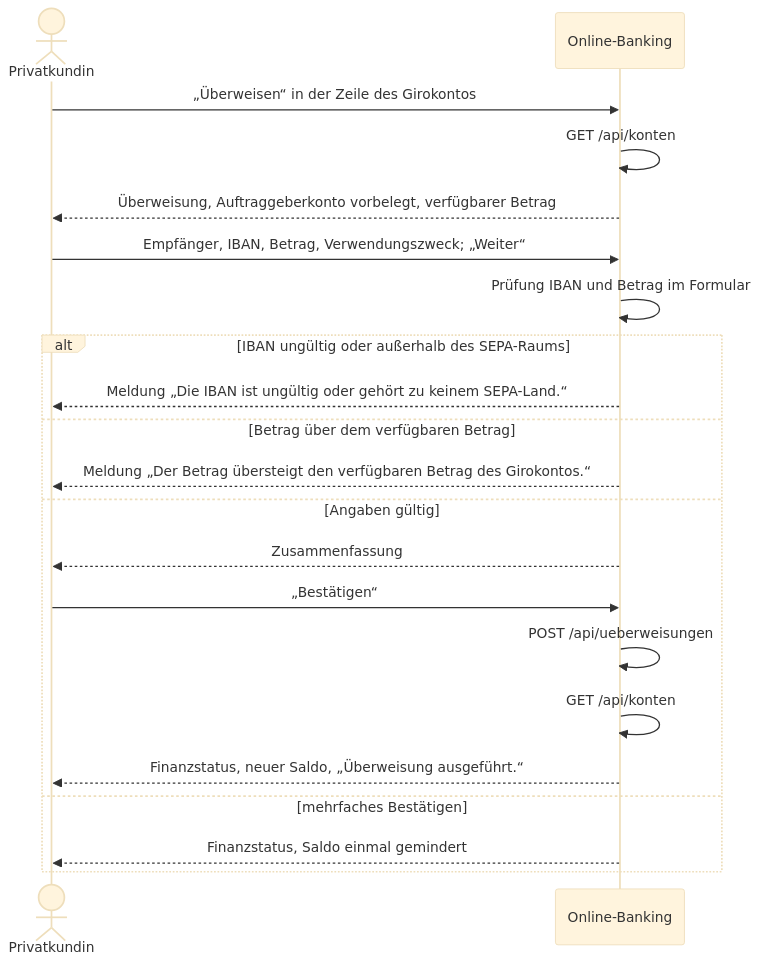
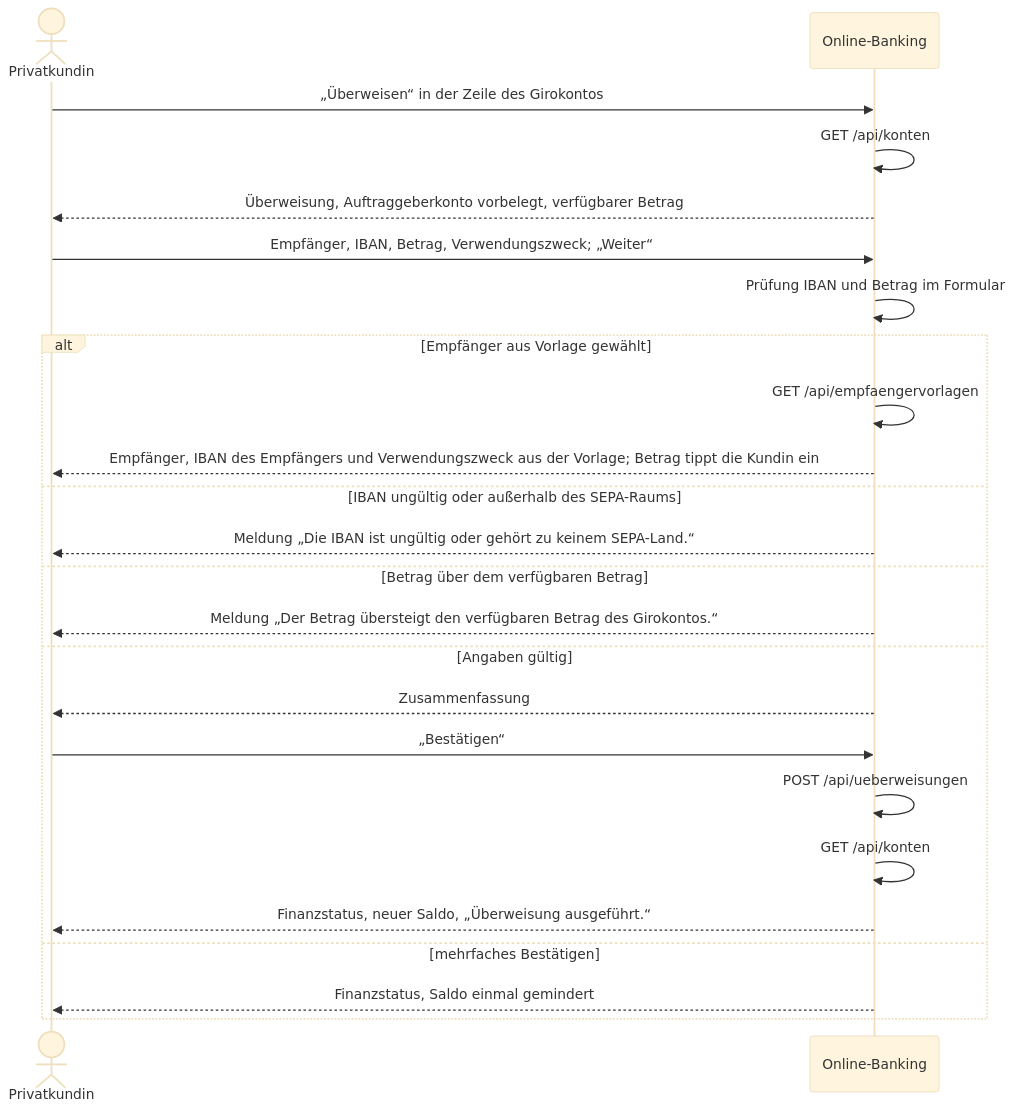
One commit to dakn85/online-banking changed the diagram in docs/use_cases/UC-002-ueberweisung-vom-girokonto.md. Above: the diagram before and after it, drawn with Mermaid (base theme). The commit also changed other lines of this file and 9 other files, not shown here.

````diff
--- a/docs/use_cases/UC-002-ueberweisung-vom-girokonto.md
+++ b/docs/use_cases/UC-002-ueberweisung-vom-girokonto.md
@@ -84,23 +93,26 @@
 ```mermaid
 sequenceDiagram
     actor kundin as Privatkundin
     participant banking as Online-Banking
     kundin->>banking: „Überweisen“ in der Zeile des Girokontos
     banking->>banking: GET /api/konten
     banking-->>kundin: Überweisung, Auftraggeberkonto vorbelegt, verfügbarer Betrag
     kundin->>banking: Empfänger, IBAN, Betrag, Verwendungszweck#59; „Weiter“
     banking->>banking: Prüfung IBAN und Betrag im Formular
-    alt IBAN ungültig oder außerhalb des SEPA-Raums
+    alt Empfänger aus Vorlage gewählt
+        banking->>banking: GET /api/empfaengervorlagen
+        banking-->>kundin: Empfänger, IBAN des Empfängers und Verwendungszweck aus der Vorlage#59; Betrag tippt die Kundin ein
+    else IBAN ungültig oder außerhalb des SEPA-Raums
         banking-->>kundin: Meldung „Die IBAN ist ungültig oder gehört zu keinem SEPA-Land.“
     else Betrag über dem verfügbaren Betrag
         banking-->>kundin: Meldung „Der Betrag übersteigt den verfügbaren Betrag des Girokontos.“
     else Angaben gültig
         banking-->>kundin: Zusammenfassung
         kundin->>banking: „Bestätigen“
         banking->>banking: POST /api/ueberweisungen
         banking->>banking: GET /api/konten
         banking-->>kundin: Finanzstatus, neuer Saldo, „Überweisung ausgeführt.“
     else mehrfaches Bestätigen
         banking-->>kundin: Finanzstatus, Saldo einmal gemindert
     end
 ```
````
